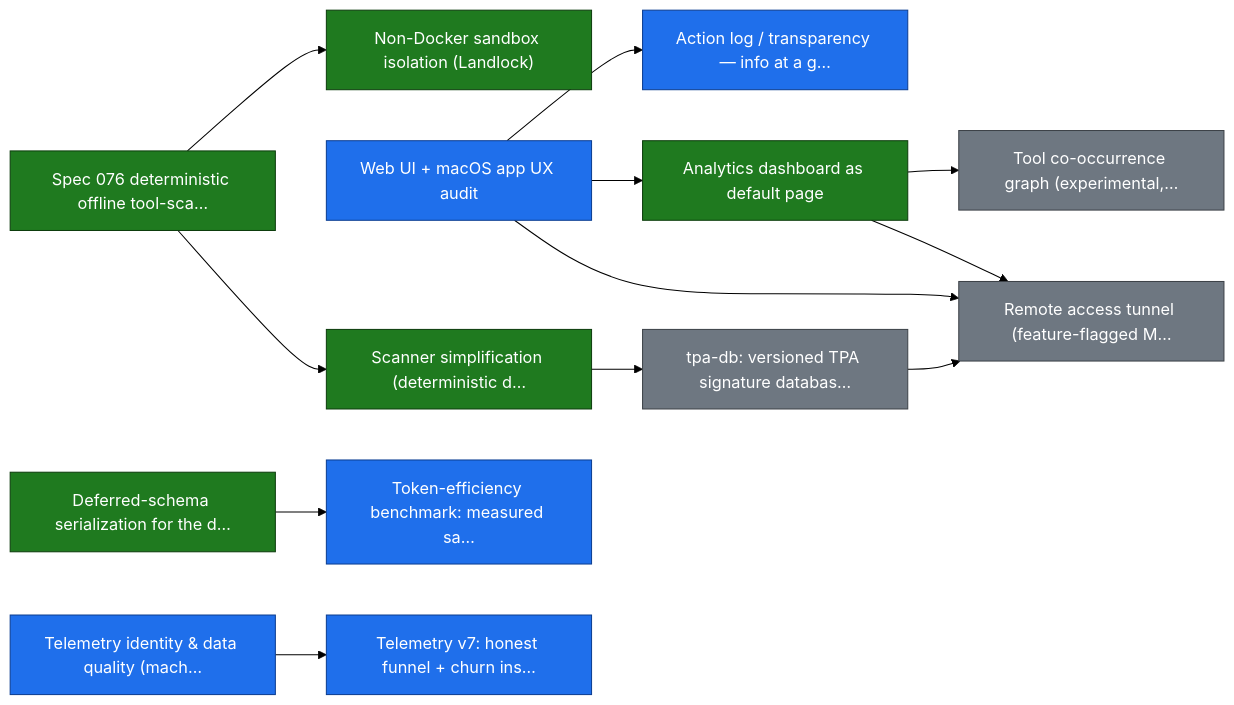
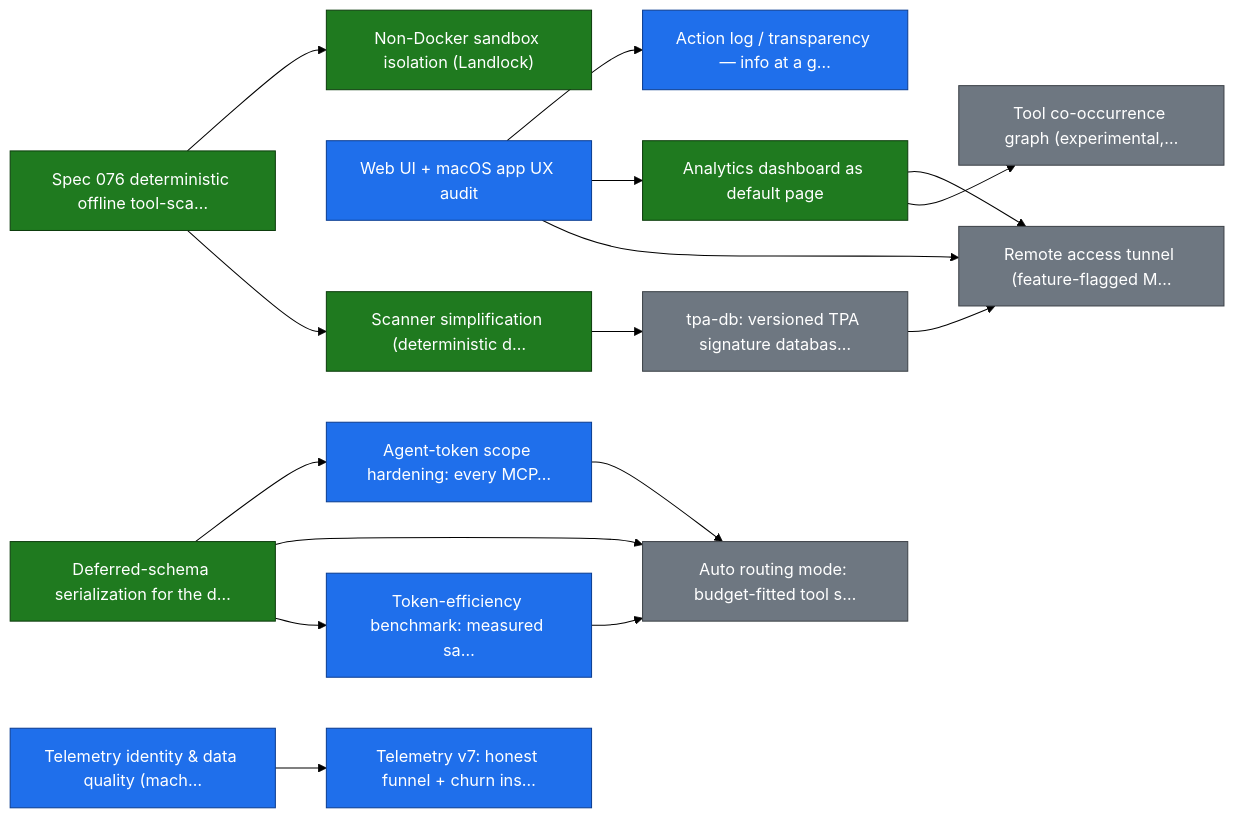
One commit to smart-mcp-proxy/mcpproxy-go changed the first of 23 diagrams in ROADMAP.md. Above: the diagram before and after it, drawn with Mermaid (forest theme). The commit also changed other lines of this file and 6 other files, not shown here.

````diff
--- a/ROADMAP.md
+++ b/ROADMAP.md
@@ -36,35 +36,41 @@
 ```mermaid
 graph LR
   sandbox_isolation["Non-Docker sandbox isolation (Landlock)"]
   scanner_v2["Spec 076 deterministic offline tool-sca…"]
   ux_audit["Web UI + macOS app UX audit"]
   action_log_transparency["Action log / transparency — info at a g…"]
   analytics_dashboard["Analytics dashboard as default page"]
   scanner_simplification["Scanner simplification (deterministic d…"]
   tpa_db["tpa-db: versioned TPA signature databas…"]
   remote_access_tunnel["Remote access tunnel (feature-flagged M…"]
   schema_deferred["Deferred-schema serialization for the d…"]
+  agent_scope_hardening["Agent-token scope hardening: every MCP…"]
+  auto_routing_mode["Auto routing mode: budget-fitted tool s…"]
   token_bench["Token-efficiency benchmark: measured sa…"]
   tool_graph["Tool co-occurrence graph (experimental,…"]
   telemetry_identity["Telemetry identity & data quality (mach…"]
   telemetry_v7_churn["Telemetry v7: honest funnel + churn ins…"]
 
   scanner_v2 --> sandbox_isolation
   ux_audit --> action_log_transparency
   ux_audit --> analytics_dashboard
   scanner_v2 --> scanner_simplification
   scanner_simplification --> tpa_db
   tpa_db --> remote_access_tunnel
   ux_audit --> remote_access_tunnel
   analytics_dashboard --> remote_access_tunnel
+  schema_deferred --> agent_scope_hardening
+  agent_scope_hardening --> auto_routing_mode
+  schema_deferred --> auto_routing_mode
+  token_bench --> auto_routing_mode
   schema_deferred --> token_bench
   analytics_dashboard --> tool_graph
   telemetry_identity --> telemetry_v7_churn
 
   classDef done fill:#1f7a1f,stroke:#0d3d0d,color:#ffffff;
   classDef in_progress fill:#1f6feb,stroke:#0b3d91,color:#ffffff;
   classDef todo fill:#6e7781,stroke:#3d4248,color:#ffffff;
   class sandbox_isolation,scanner_v2,analytics_dashboard,scanner_simplification,schema_deferred done;
-  class ux_audit,action_log_transparency,token_bench,telemetry_identity,telemetry_v7_churn in_progress;
-  class tpa_db,remote_access_tunnel,tool_graph todo;
+  class ux_audit,action_log_transparency,agent_scope_hardening,token_bench,telemetry_identity,telemetry_v7_churn in_progress;
+  class tpa_db,remote_access_tunnel,auto_routing_mode,tool_graph todo;
 ```
````
